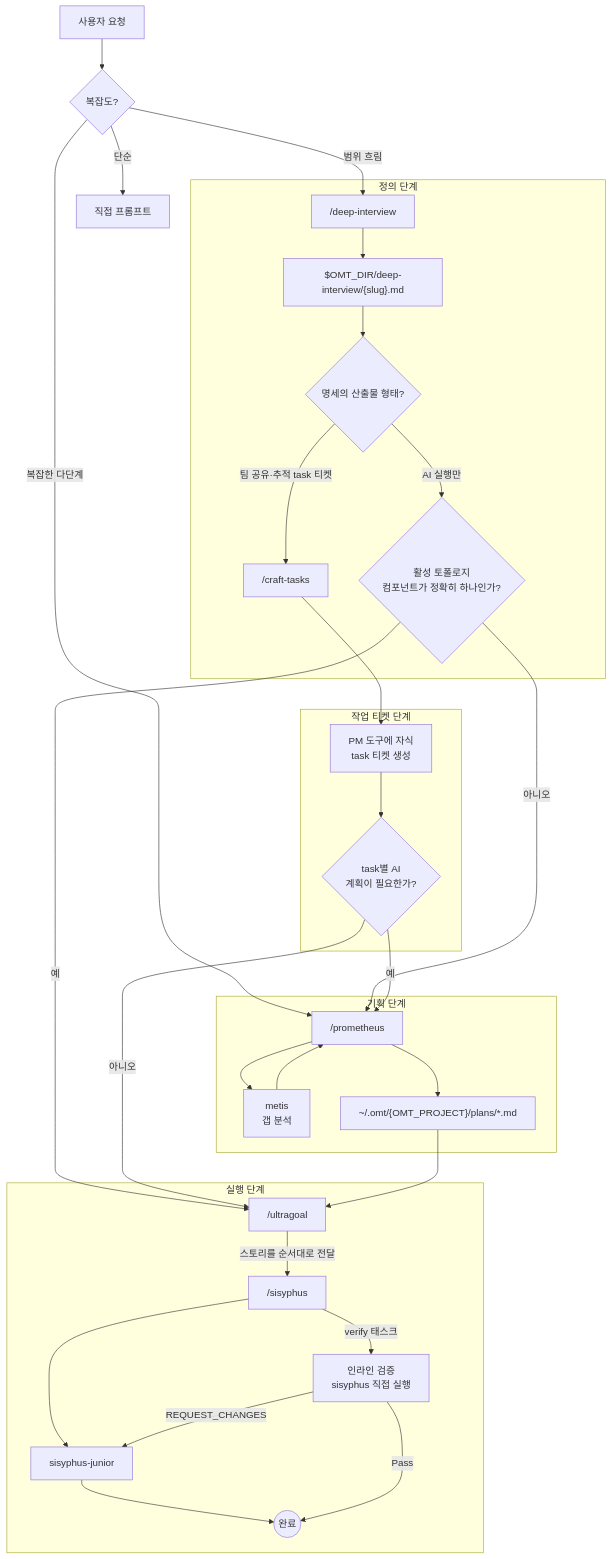
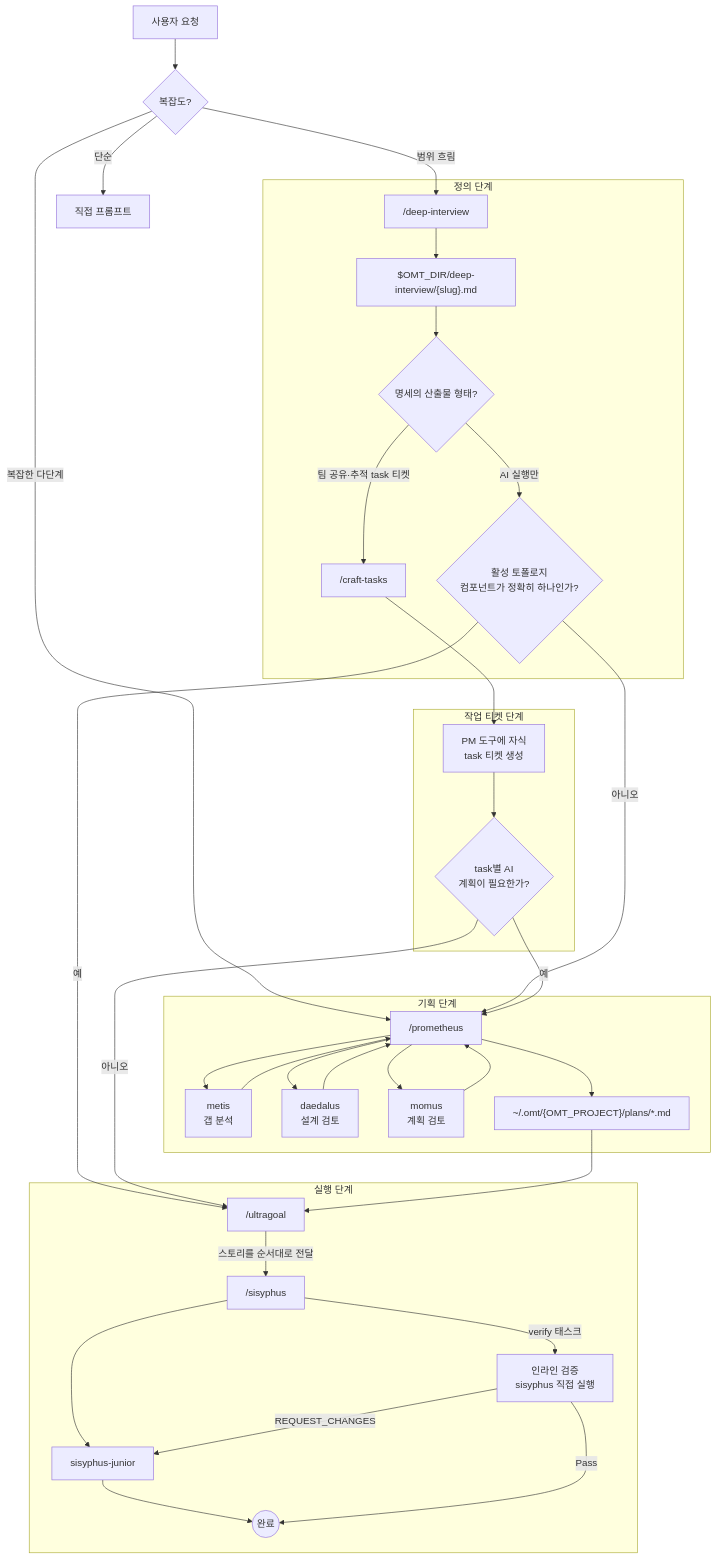
Before and after one commit to toongri/oh-my-toong-playground: the diagram in docs/ORCHESTRATION.md, drawn with Mermaid. The commit also changed other lines of this file and 4 other files, not shown here.

First line of the commit message:
docs: prometheus 파이프라인 설명에 Daedalus·Momus 반영

````diff
--- a/docs/ORCHESTRATION.md
+++ b/docs/ORCHESTRATION.md
@@ -59,40 +59,44 @@
 ```mermaid
 flowchart TD
     User[사용자 요청] --> Decision{복잡도?}
 
     Decision -->|단순| Direct[직접 프롬프트]
     Decision -->|범위 흐림| DeepInterview["/deep-interview"]
     Decision -->|복잡한 다단계| Prometheus
 
     subgraph 정의 단계
         DeepInterview --> SpecFile["$OMT_DIR/deep-interview/{slug}.md"]
         SpecFile --> Output{명세의 산출물 형태?}
         Output -->|팀 공유·추적 task 티켓| CraftTasks["/craft-tasks"]
         Output -->|AI 실행만| Route{활성 토폴로지<br/>컴포넌트가 정확히 하나인가?}
     end
 
     subgraph 작업 티켓 단계
         CraftTasks --> ChildTickets["PM 도구에 자식<br/>task 티켓 생성"]
         ChildTickets --> TaskPlan{task별 AI<br/>계획이 필요한가?}
     end
 
     subgraph 기획 단계
         Route -->|아니오| Prometheus["/prometheus"]
         TaskPlan -->|예| Prometheus
         Prometheus --> Metis[metis<br/>갭 분석]
         Metis --> Prometheus
+        Prometheus --> Daedalus[daedalus<br/>설계 검토]
+        Daedalus --> Prometheus
+        Prometheus --> Momus[momus<br/>계획 검토]
+        Momus --> Prometheus
         Prometheus --> PlanFile["~/.omt/{OMT_PROJECT}/plans/*.md"]
     end
 
     subgraph 실행 단계
         Route -->|예| Ultragoal["/ultragoal"]
         TaskPlan -->|아니오| Ultragoal
         PlanFile --> Ultragoal
         Ultragoal -->|스토리를 순서대로 전달| Sisyphus["/sisyphus"]
         Sisyphus --> Junior[sisyphus-junior]
         Junior --> Done((완료))
         Sisyphus -->|verify 태스크| QA[인라인 검증<br/>sisyphus 직접 실행]
         QA -->|Pass| Done
         QA -->|REQUEST_CHANGES| Junior
     end
 ```
````
